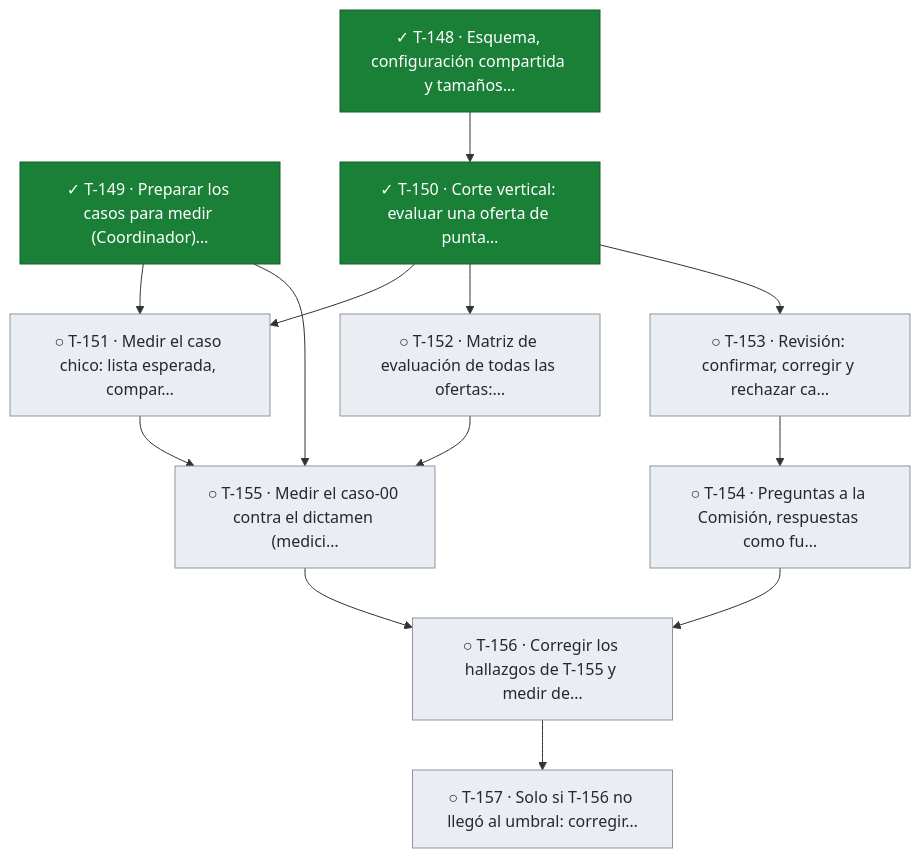
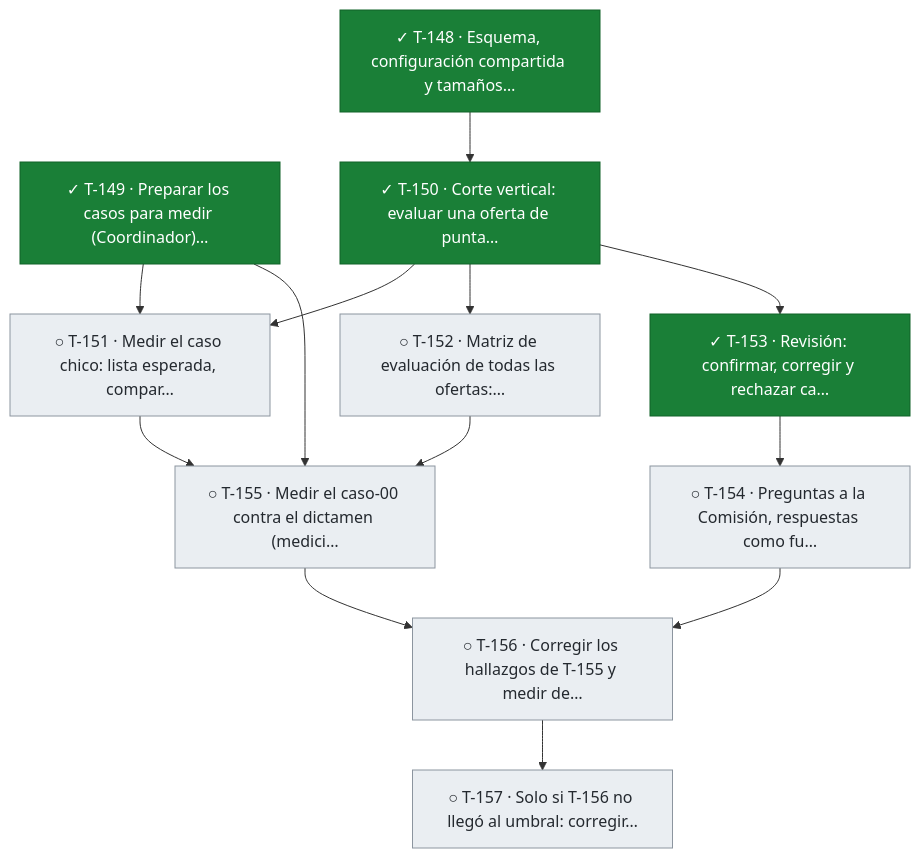
One commit to snavello/EVALUON changed the seventh of 11 diagrams in docs/tablero.md. Above: the diagram before and after it, drawn with Mermaid. The commit also changed other lines of this file and 1 other file, not shown here.

````diff
--- a/docs/tablero.md
+++ b/docs/tablero.md
@@ -685,30 +685,30 @@
 ```mermaid
 flowchart TD
   T148["✓ T-148 · Esquema, configuración compartida y tamaños…"]:::done
   T149["✓ T-149 · Preparar los casos para medir (Coordinador)…"]:::done
   T150["✓ T-150 · Corte vertical: evaluar una oferta de punta…"]:::done
   T151["○ T-151 · Medir el caso chico: lista esperada, compar…"]:::todo
   T152["○ T-152 · Matriz de evaluación de todas las ofertas:…"]:::todo
-  T153["○ T-153 · Revisión: confirmar, corregir y rechazar ca…"]:::todo
+  T153["✓ T-153 · Revisión: confirmar, corregir y rechazar ca…"]:::done
   T154["○ T-154 · Preguntas a la Comisión, respuestas como fu…"]:::todo
   T155["○ T-155 · Medir el caso-00 contra el dictamen (medici…"]:::todo
   T156["○ T-156 · Corregir los hallazgos de T-155 y medir de…"]:::todo
   T157["○ T-157 · Solo si T-156 no llegó al umbral: corregir…"]:::todo
   T148 --> T150
   T149 --> T151
   T150 --> T151
   T150 --> T152
   T150 --> T153
   T153 --> T154
   T149 --> T155
   T151 --> T155
   T152 --> T155
   T154 --> T156
   T155 --> T156
   T156 --> T157
   classDef done fill:#1a7f37,stroke:#116329,color:#ffffff
   classDef review fill:#0969da,stroke:#0550ae,color:#ffffff
   classDef active fill:#bf8700,stroke:#7d4e00,color:#ffffff
   classDef blocked fill:#cf222e,stroke:#a40e26,color:#ffffff
   classDef todo fill:#eaeef2,stroke:#8c959f,color:#24292f
 ```
````
